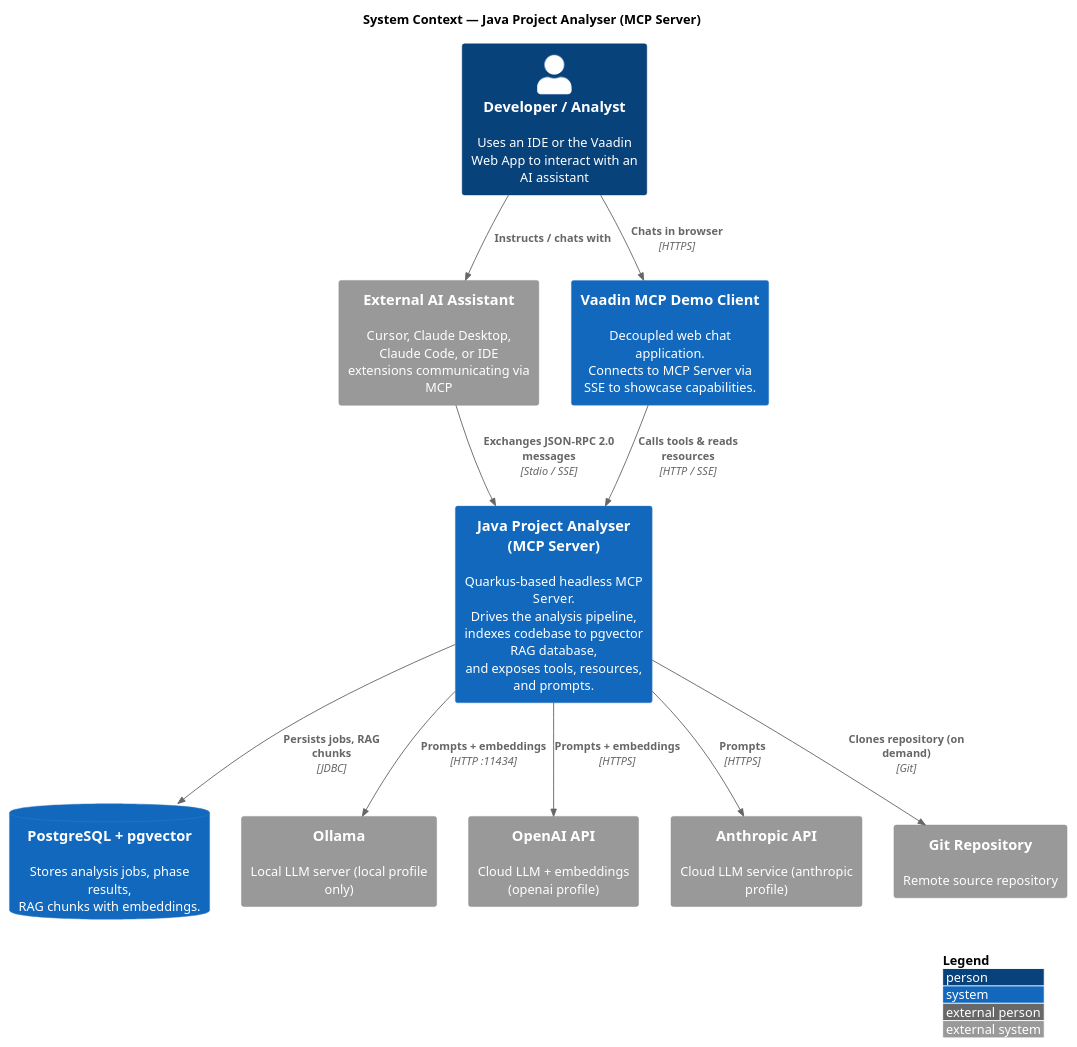
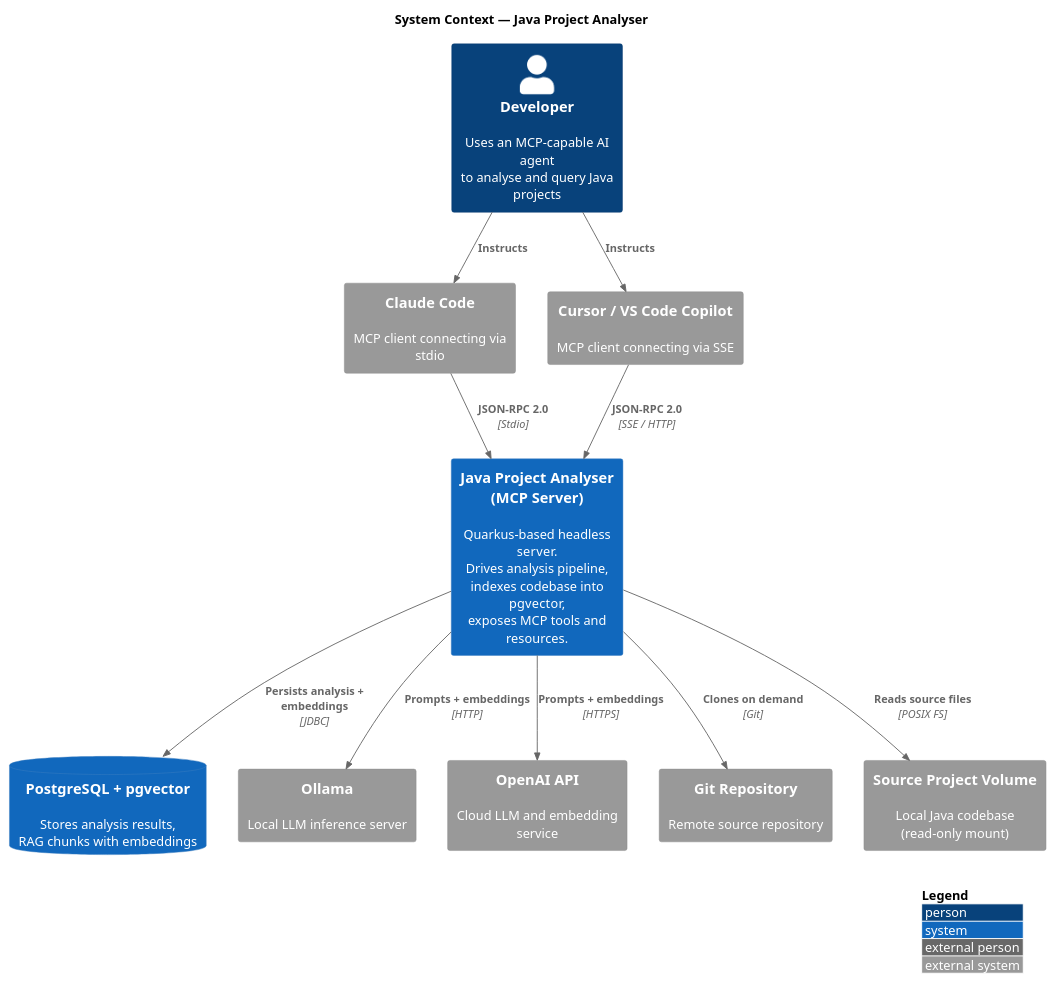
One commit to JohannesRabauer/java-project-analyser changed the diagram in src/docs/arc42/chapters/03-context-and-scope.adoc. Above: the diagram before and after it, drawn with PlantUML. The commit also changed other lines of this file and 20 other files, not shown here.

First line of the commit message:
docs: rewrite PRD, arc42, README for headless MCP server design

```diff
--- a/src/docs/arc42/chapters/03-context-and-scope.adoc
+++ b/src/docs/arc42/chapters/03-context-and-scope.adoc
@@ -17,34 +19,33 @@
 [plantuml, c4-context, svg]
 ....
 @startuml
 !include <C4/C4_Context>
 LAYOUT_WITH_LEGEND()
 
-title System Context — Java Project Analyser (MCP Server)
+title System Context — Java Project Analyser
 
-Person(user, "Developer / Analyst", "Uses an IDE or the Vaadin Web App to interact with an AI assistant")
+Person(dev, "Developer", "Uses an MCP-capable AI agent\nto analyse and query Java projects")
 
-System_Ext(ai_client, "External AI Assistant", "Cursor, Claude Desktop, Claude Code, or IDE extensions communicating via MCP")
+System(mcp_server, "Java Project Analyser\n(MCP Server)", "Quarkus-based headless server.\nDrives analysis pipeline,\nindexes codebase into pgvector,\nexposes MCP tools and resources.")
 
-System(mcp_server, "Java Project Analyser (MCP Server)", "Quarkus-based headless MCP Server.\nDrives the analysis pipeline,\nindexes codebase to pgvector RAG database,\nand exposes tools, resources, and prompts.")
+System_Ext(claude_code, "Claude Code", "MCP client connecting via stdio")
+System_Ext(cursor, "Cursor / VS Code Copilot", "MCP client connecting via SSE")
 
-System(vaadin_client, "Vaadin MCP Demo Client", "Decoupled web chat application.\nConnects to MCP Server via SSE to showcase capabilities.")
+SystemDb(postgres, "PostgreSQL + pgvector", "Stores analysis results,\nRAG chunks with embeddings")
 
-SystemDb(postgres, "PostgreSQL + pgvector", "Stores analysis jobs, phase results,\nRAG chunks with embeddings.")
+System_Ext(ollama, "Ollama", "Local LLM inference server")
+System_Ext(openai, "OpenAI API", "Cloud LLM and embedding service")
+System_Ext(git, "Git Repository", "Remote source repository")
+System_Ext(volume, "Source Project Volume", "Local Java codebase\n(read-only mount)")
 
-System_Ext(ollama, "Ollama", "Local LLM server (local profile only)")
-System_Ext(openai, "OpenAI API", "Cloud LLM + embeddings (openai profile)")
-System_Ext(anthropic, "Anthropic API", "Cloud LLM service (anthropic profile)")
-System_Ext(git, "Git Repository", "Remote source repository")
-
-Rel(user, ai_client, "Instructs / chats with")
-Rel(user, vaadin_client, "Chats in browser", "HTTPS")
-Rel(vaadin_client, mcp_server, "Calls tools & reads resources", "HTTP / SSE")
-Rel(ai_client, mcp_server, "Exchanges JSON-RPC 2.0 messages", "Stdio / SSE")
-Rel(mcp_server, postgres,   "Persists jobs, RAG chunks", "JDBC")
-Rel(mcp_server, ollama,    "Prompts + embeddings", "HTTP :11434")
-Rel(mcp_server, openai,    "Prompts + embeddings", "HTTPS")
-Rel(mcp_server, anthropic, "Prompts", "HTTPS")
-Rel(mcp_server, git, "Clones repository (on demand)", "Git")
+Rel(dev, claude_code, "Instructs")
+Rel(dev, cursor, "Instructs")
+Rel(claude_code, mcp_server, "JSON-RPC 2.0", "Stdio")
+Rel(cursor, mcp_server, "JSON-RPC 2.0", "SSE / HTTP")
+Rel(mcp_server, postgres, "Persists analysis + embeddings", "JDBC")
+Rel(mcp_server, ollama, "Prompts + embeddings", "HTTP")
+Rel(mcp_server, openai, "Prompts + embeddings", "HTTPS")
+Rel(mcp_server, git, "Clones on demand", "Git")
+Rel(mcp_server, volume, "Reads source files", "POSIX FS")
 @enduml
 ....
```
